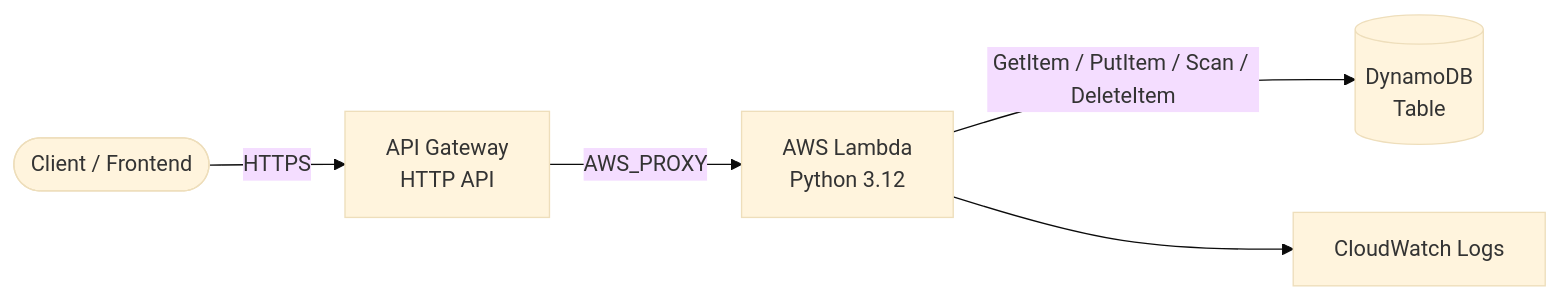
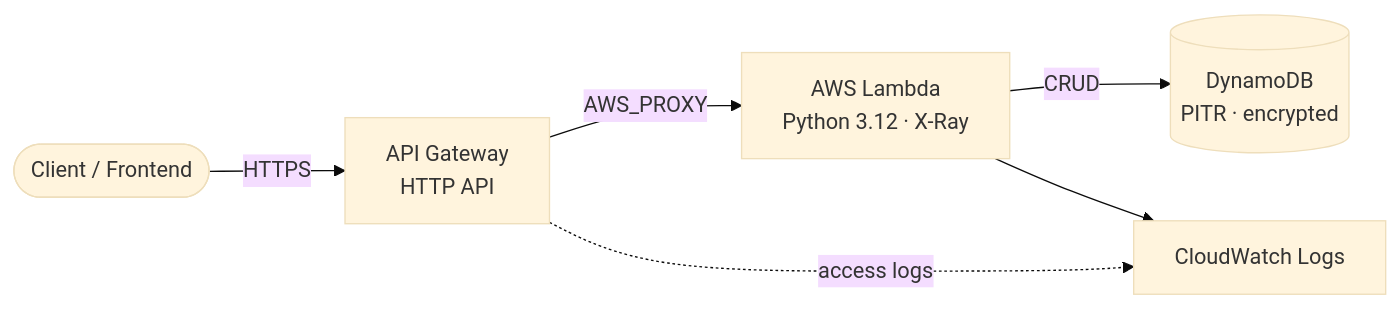
The diagram in README.md (AhmadMughal-DS/aws-serverless-rest-api-terraform), drawn with Mermaid (base theme) before and after one commit. The commit also changed other lines of this file and 12 other files, not shown here.

````diff
--- a/README.md
+++ b/README.md
@@ -26,13 +18,14 @@
 ```mermaid
 flowchart LR
     Client([Client / Frontend])
     APIGW[API Gateway<br/>HTTP API]
-    Lambda[AWS Lambda<br/>Python 3.12]
-    DDB[(DynamoDB<br/>Table)]
+    Lambda[AWS Lambda<br/>Python 3.12 · X-Ray]
+    DDB[(DynamoDB<br/>PITR · encrypted)]
     Logs[CloudWatch Logs]
 
     Client -->|HTTPS| APIGW
     APIGW -->|AWS_PROXY| Lambda
-    Lambda -->|GetItem / PutItem / Scan / DeleteItem| DDB
+    Lambda -->|CRUD| DDB
     Lambda --> Logs
+    APIGW -.access logs.-> Logs
 ```
````
